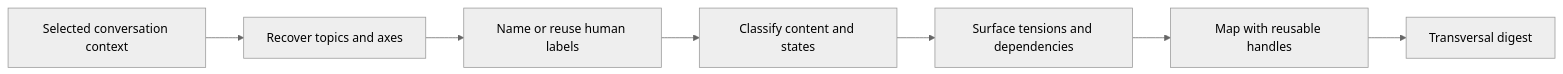
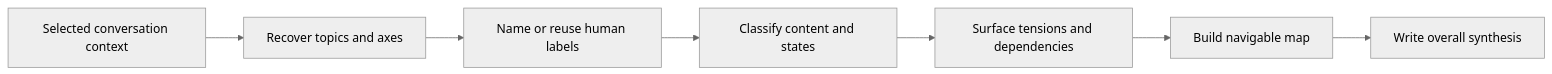
Before and after one commit to control-decks/think-it-through: the diagram in plugins/think-it-through/skills/think-recap/SKILL.md, drawn with Mermaid (neutral theme). The commit also changed other lines of this file and 18 other files, not shown here.

````diff
--- a/plugins/think-it-through/skills/think-recap/SKILL.md
+++ b/plugins/think-it-through/skills/think-recap/SKILL.md
@@ -20,9 +19,9 @@
 ```mermaid
 flowchart LR
     A["Selected conversation context"] --> B["Recover topics and axes"]
     B --> C["Name or reuse human labels"]
     C --> D["Classify content and states"]
     D --> E["Surface tensions and dependencies"]
-    E --> F["Map with reusable handles"]
-    F --> G["Transversal digest"]
+    E --> F["Build navigable map"]
+    F --> G["Write overall synthesis"]
 ```
````
